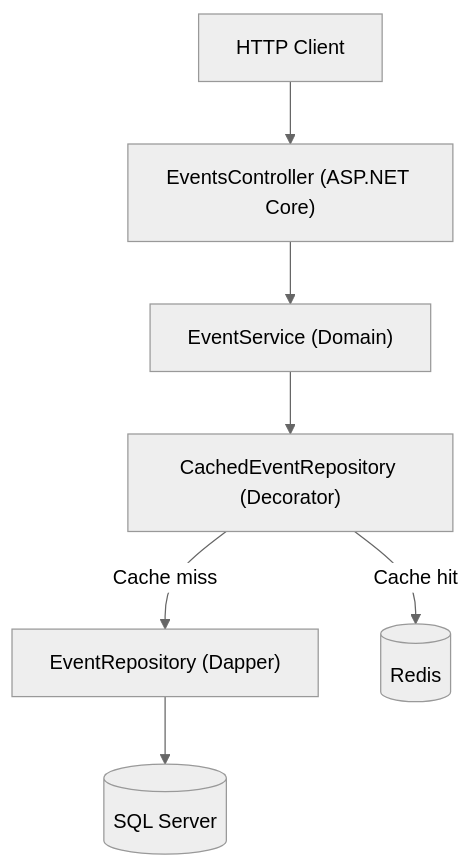
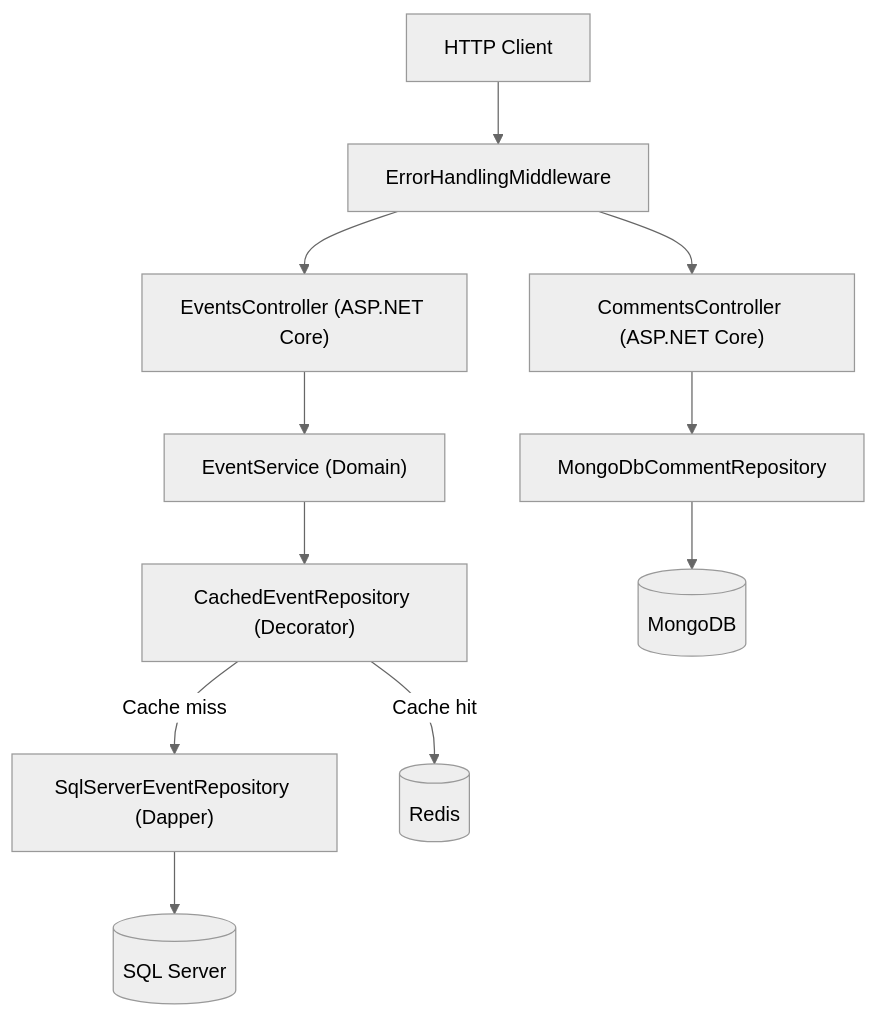
One commit to LaurentCondoure/EventManager changed the first of 3 diagrams in documents/Technical/Architecture.md. Above: the diagram before and after it, drawn with Mermaid (neutral theme). The commit also changed other lines of this file and 22 other files, not shown here.

````diff
--- a/documents/Technical/Architecture.md
+++ b/documents/Technical/Architecture.md
@@ -7,17 +7,24 @@
 ```mermaid
 graph TD
     Client["HTTP Client"]
     API["EventsController (ASP.NET Core)"]
+    CommentsAPI["CommentsController (ASP.NET Core)"]
     Service["EventService (Domain)"]
     Cache["CachedEventRepository (Decorator)"]
-    Repo["EventRepository (Dapper)"]
+    Repo["SqlServerEventRepository (Dapper)"]
+    CommentRepo["MongoDbCommentRepository"]
     Redis[("Redis")]
     SQL[("SQL Server")]
+    Mongo[("MongoDB")]
 
-    Client --> API
+    Client --> ErrorHandler
+    ErrorHandler["ErrorHandlingMiddleware"] --> API
+    ErrorHandler --> CommentsAPI
     API --> Service
     Service --> Cache
     Cache -->|Cache hit| Redis
     Cache -->|Cache miss| Repo
     Repo --> SQL
+    CommentsAPI --> CommentRepo
+    CommentRepo --> Mongo
 ```
````
